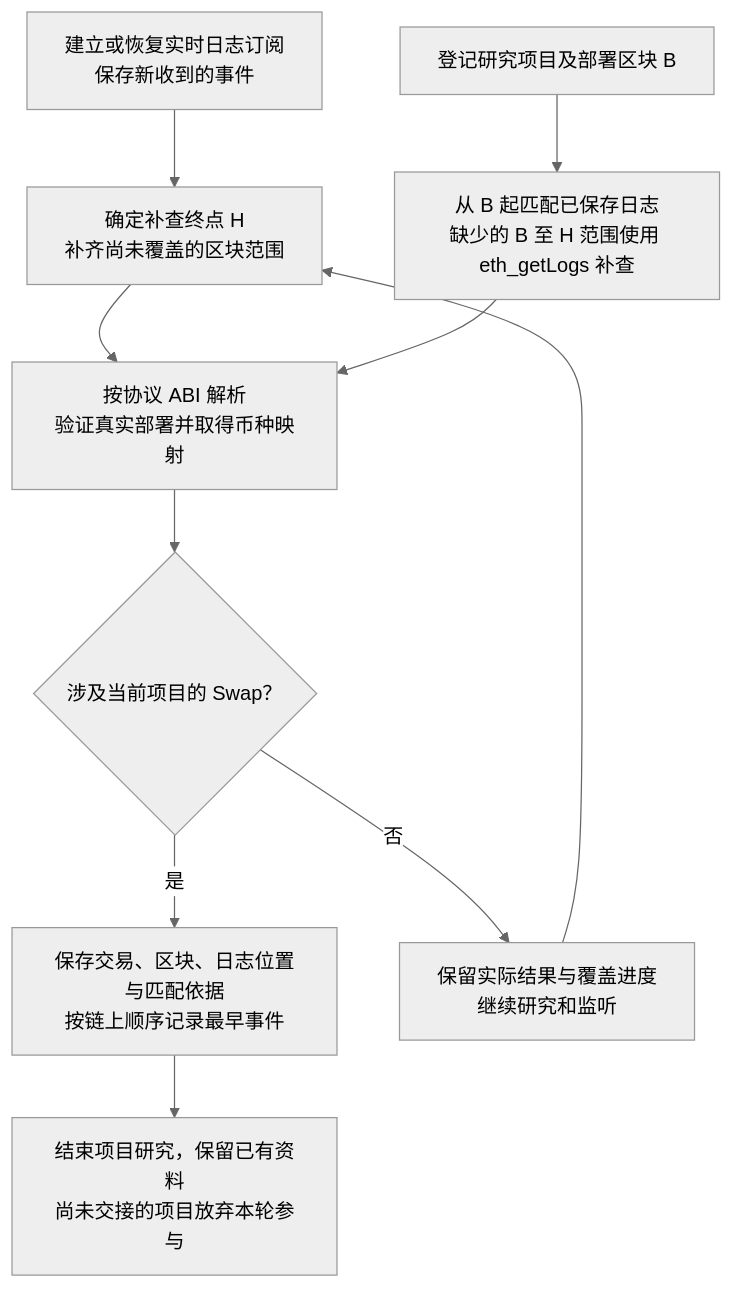
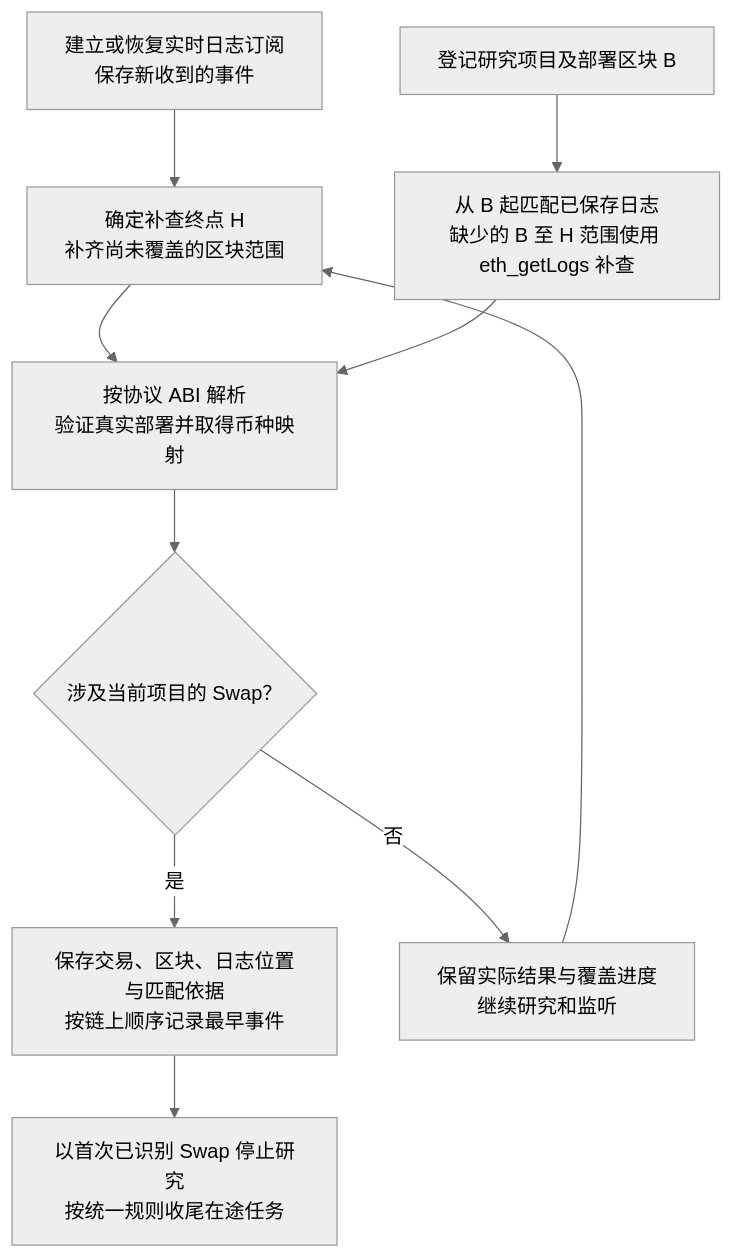
One commit to useryege/athena-o changed the diagram in docs/requirements/token/token-swap-events-research.md. Above: the diagram before and after it, drawn with Mermaid (neutral theme). The commit also changed other lines of this file and 14 other files, not shown here.

````diff
--- a/docs/requirements/token/token-swap-events-research.md
+++ b/docs/requirements/token/token-swap-events-research.md
@@ -138,12 +138,12 @@
 ```mermaid
 flowchart TD
     start["建立或恢复实时日志订阅<br/>保存新收到的事件"] --> catchup["确定补查终点 H<br/>补齐尚未覆盖的区块范围"]
     project["登记研究项目及部署区块 B"] --> history["从 B 起匹配已保存日志<br/>缺少的 B 至 H 范围使用 eth_getLogs 补查"]
     catchup --> identify["按协议 ABI 解析<br/>验证真实部署并取得币种映射"]
     history --> identify
     identify --> match{"涉及当前项目的 Swap？"}
     match -->|是| evidence["保存交易、区块、日志位置与匹配依据<br/>按链上顺序记录最早事件"]
-    evidence --> endResearch["结束项目研究，保留已有资料<br/>尚未交接的项目放弃本轮参与"]
+    evidence --> endResearch["以首次已识别 Swap 停止研究<br/>按统一规则收尾在途任务"]
     match -->|否| retain["保留实际结果与覆盖进度<br/>继续研究和监听"]
     retain --> catchup
 ```
````
